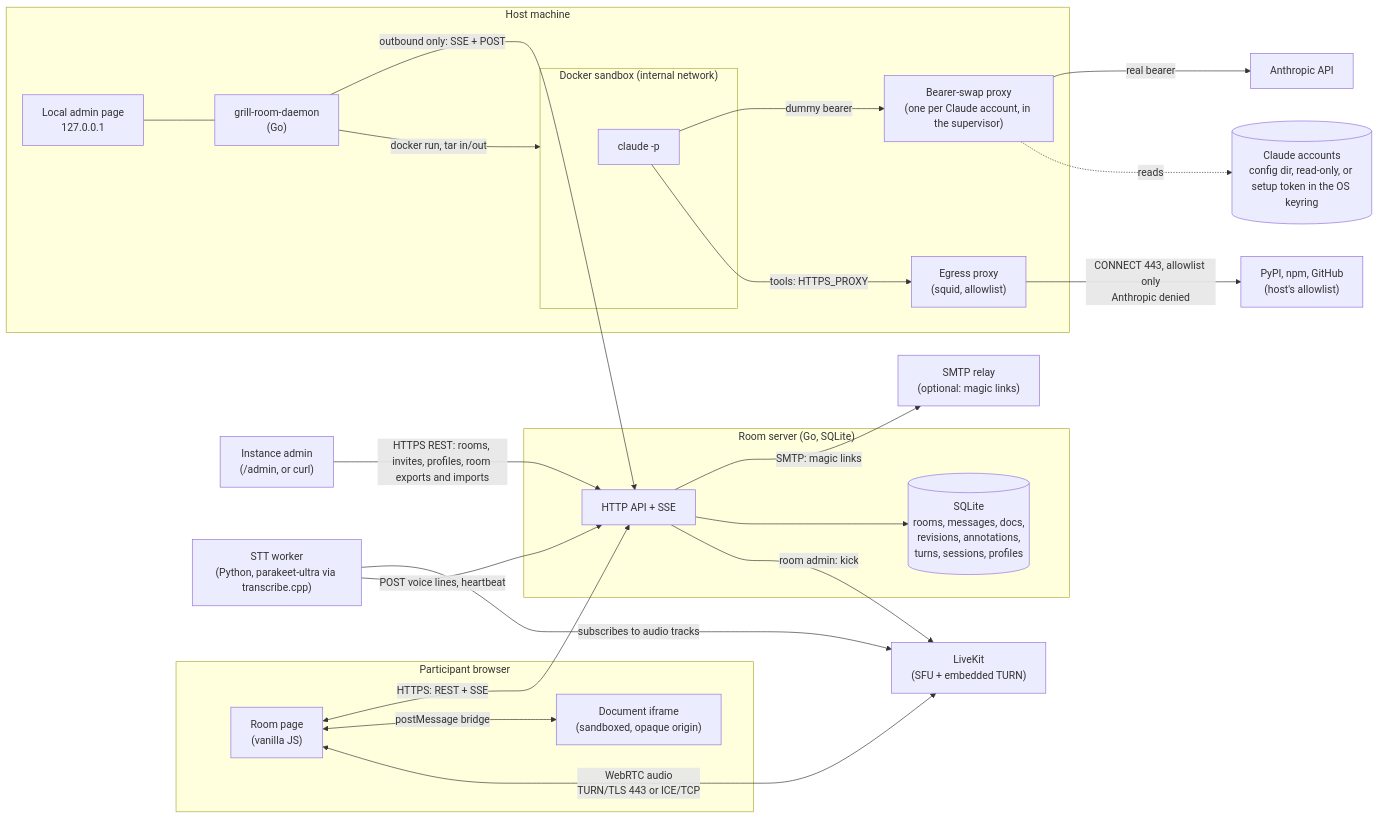
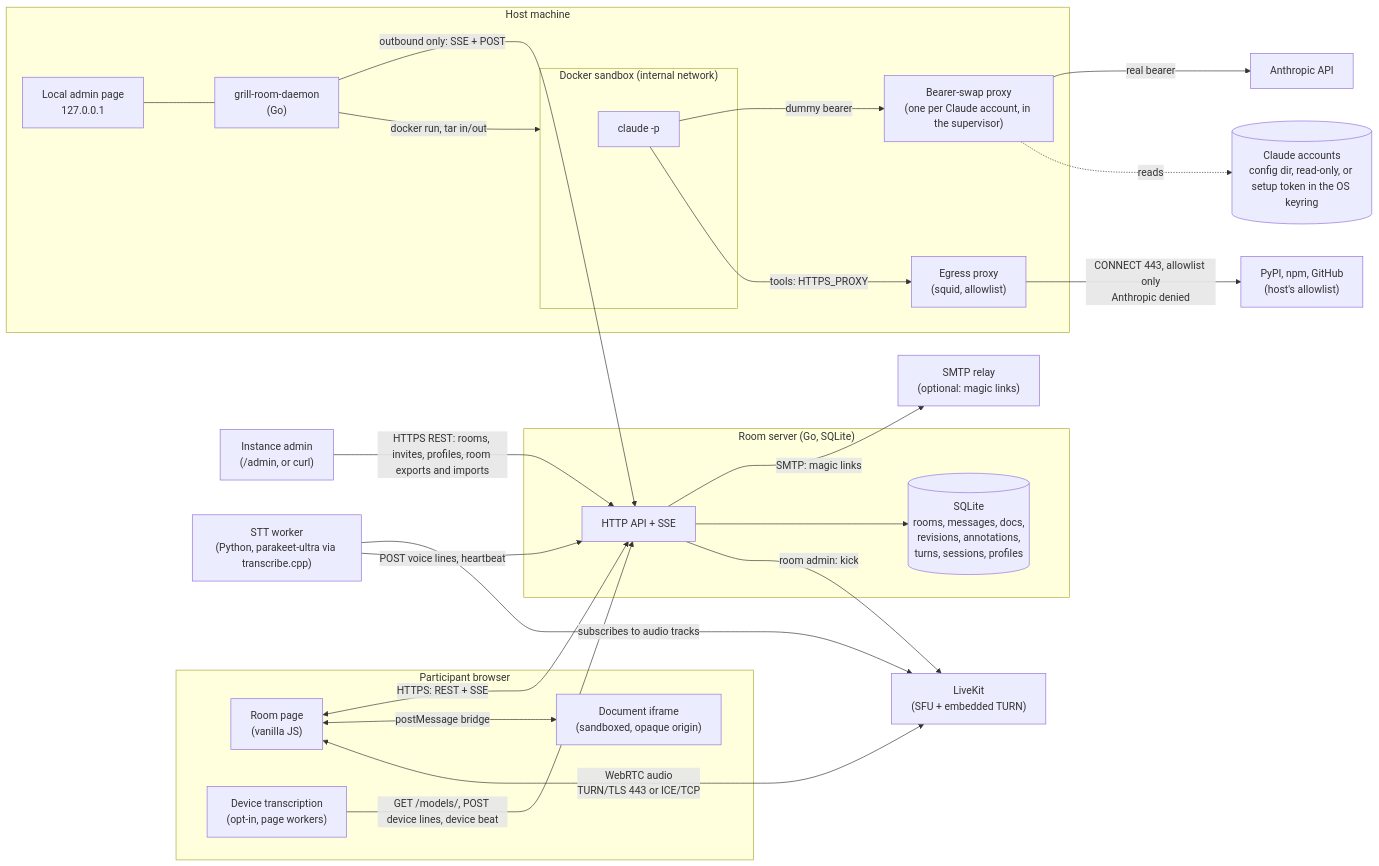
Before and after one commit to babs/grill-room: the diagram in docs/architecture.md, drawn with Mermaid. The commit also changed other lines of this file and 21 other files, not shown here.

First line of the commit message:
feat(device-stt): device lines, the device flag and cross-source dedupe

````diff
--- a/docs/architecture.md
+++ b/docs/architecture.md
@@ -5,48 +5,50 @@
 ```mermaid
 flowchart LR
   subgraph Browser["Participant browser"]
     UI["Room page<br/>(vanilla JS)"]
     Frame["Document iframe<br/>(sandboxed, opaque origin)"]
+    DevSTT["Device transcription<br/>(opt-in, page workers)"]
   end
 
   subgraph Server["Room server (Go, SQLite)"]
     API["HTTP API + SSE"]
     Store[("SQLite<br/>rooms, messages, docs,<br/>revisions, annotations,<br/>turns, sessions, profiles")]
   end
 
   AdminC["Instance admin<br/>(/admin, or curl)"]
   SMTP["SMTP relay<br/>(optional: magic links)"]
   LK["LiveKit<br/>(SFU + embedded TURN)"]
   STT["STT worker<br/>(Python, parakeet-ultra via transcribe.cpp)"]
 
   subgraph Host["Host machine"]
     Daemon["grill-room-daemon<br/>(Go)"]
     Admin["Local admin page<br/>127.0.0.1"]
     Proxy["Bearer-swap proxy<br/>(one per Claude account, in the supervisor)"]
     subgraph Sandbox["Docker sandbox (internal network)"]
       Claude["claude -p"]
     end
     Squid["Egress proxy<br/>(squid, allowlist)"]
   end
 
   Anthropic["Anthropic API"]
   Creds[("Claude accounts<br/>config dir, read-only, or setup token in the OS keyring")]
 
   UI <-->|"HTTPS: REST + SSE"| API
   AdminC -->|"HTTPS REST: rooms, invites, profiles, room exports and imports"| API
   API -->|"SMTP: magic links"| SMTP
   UI <-->|"postMessage bridge"| Frame
   UI <-->|"WebRTC audio<br/>TURN/TLS 443 or ICE/TCP"| LK
   STT -->|"subscribes to audio tracks"| LK
   STT -->|"POST voice lines, heartbeat"| API
+  DevSTT -->|"GET /models/, POST device lines, device beat"| API
   API --> Store
   API -->|"room admin: kick"| LK
   Daemon -->|"outbound only: SSE + POST"| API
   Admin --- Daemon
   Daemon -->|"docker run, tar in/out"| Sandbox
   Claude -->|"dummy bearer"| Proxy
   Proxy -->|"real bearer"| Anthropic
   Claude -->|"tools: HTTPS_PROXY"| Squid
   Squid -->|"CONNECT 443, allowlist only<br/>Anthropic denied"| Internet["PyPI, npm, GitHub<br/>(host's allowlist)"]
   Proxy -.->|"reads"| Creds
 ```
````
